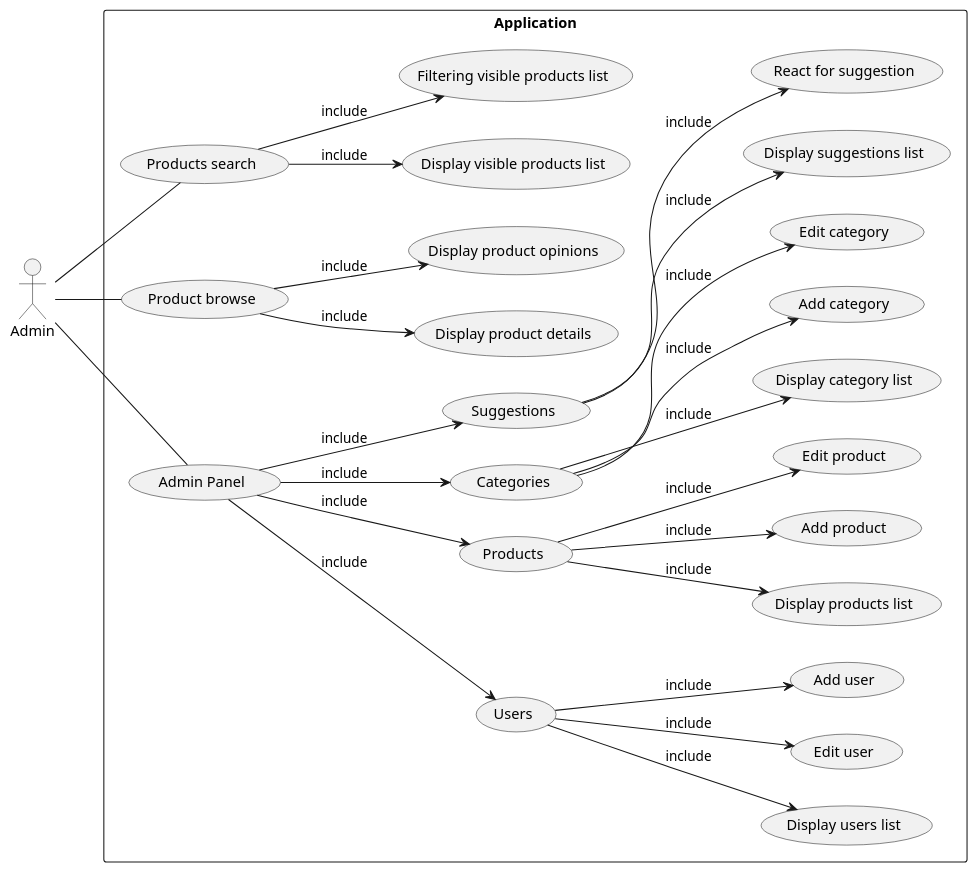
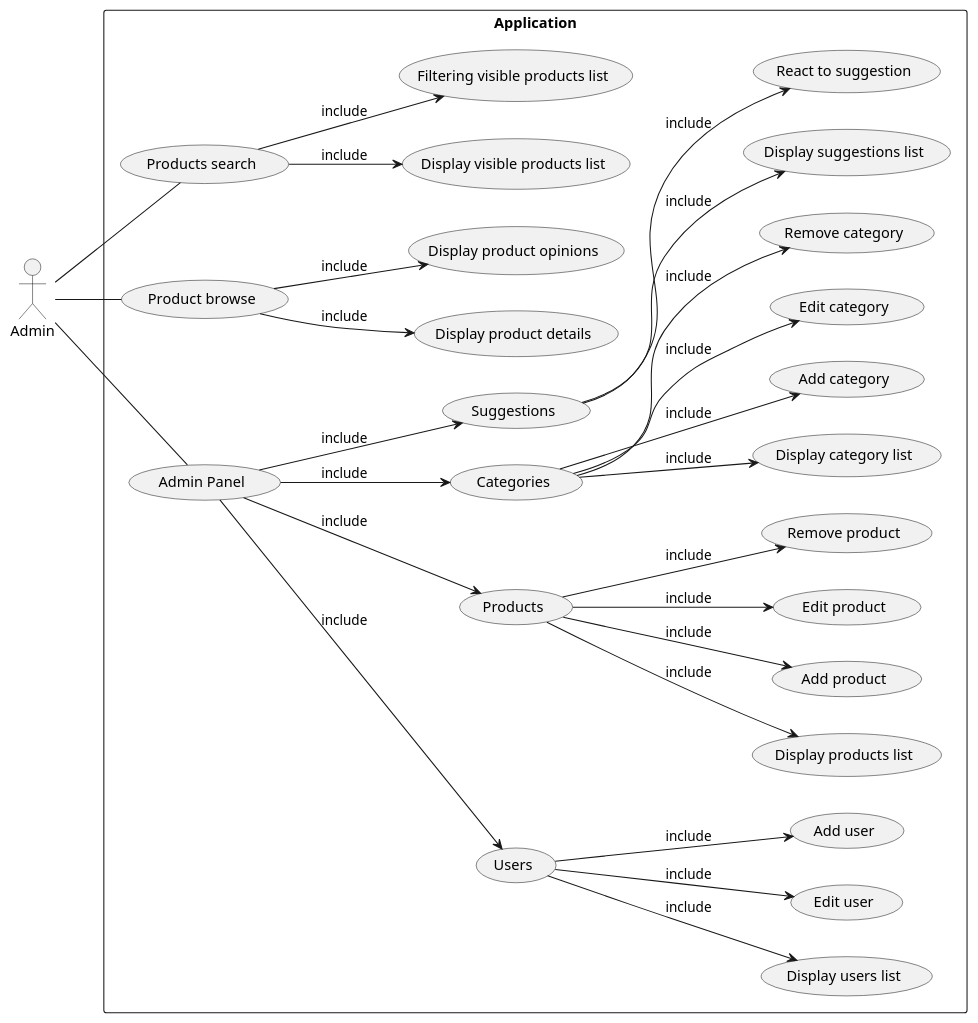
One commit to RadekBucki/OpinionCollectorArchitecture changed the fifth of 5 diagrams in README.md. Above: the diagram before and after it, drawn with PlantUML. The commit also changed 2 other files, not shown here.

Commit message:
Change all of the inconsistent things

````diff
--- a/README.md
+++ b/README.md
@@ -112,41 +112,43 @@
 ```plantuml
 @startuml
 
 left to right direction
 
 actor Admin AS admin
 
 rectangle Application {
     admin -- (Products search)
     admin -- (Product browse)
     admin -- (Admin Panel)
     
     (Products search) --> (Display visible products list) : include
     (Products search) --> (Filtering visible products list) : include
     
     (Product browse) --> (Display product details) : include
     (Product browse) --> (Display product opinions) : include
     
     (Admin Panel) --> (Users) : include
     (Admin Panel) --> (Products) : include
     (Admin Panel) --> (Categories) : include
     (Admin Panel) --> (Suggestions) : include
     
     (Users) --> (Display users list) : include
     (Users) --> (Edit user) : include
     (Users) --> (Add user) : include
     
     (Products) --> (Display products list) : include
     (Products) --> (Add product) : include
     (Products) --> (Edit product) : include
+    (Products) --> (Remove product) : include
     
     (Categories) --> (Display category list) : include
     (Categories) --> (Add category) : include
     (Categories) --> (Edit category) : include
+    (Categories) --> (Remove category) : include
     
     (Suggestions) --> (Display suggestions list) : include
-    (Suggestions) --> (React for suggestion) : include
+    (Suggestions) --> (React to suggestion) : include
 }
 
 @enduml
 ```
````
